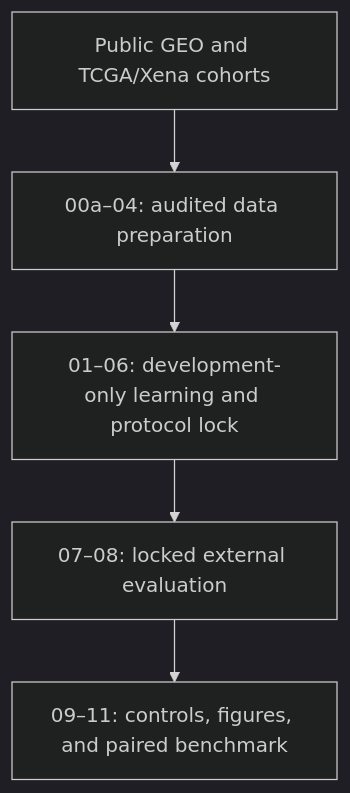
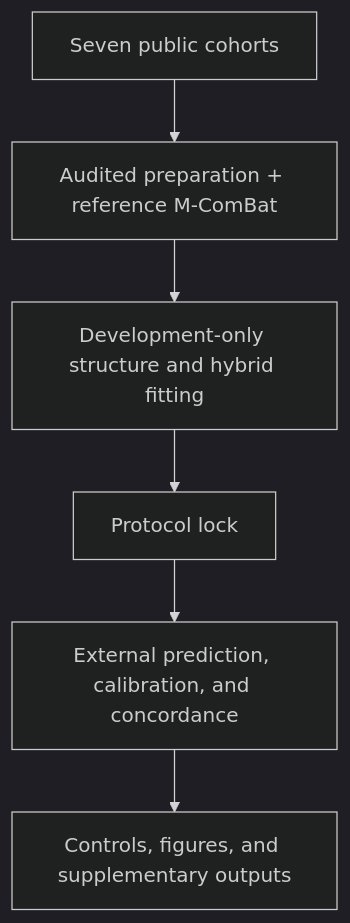
Before and after one commit to alex241278/InterGATE: the diagram in README.md, drawn with Mermaid (dark theme). The commit also changed other lines of this file and 60 other files, not shown here.

First line of the commit message:
Update InterGATE workflow and manuscript-aligned graphical abstract

````diff
--- a/README.md
+++ b/README.md
@@ -78,7 +73,8 @@
 ```mermaid
 flowchart TD
-    A["Public GEO and TCGA/Xena cohorts"] --> B["00a–04: audited data preparation"]
-    B --> C["01–06: development-only learning and protocol lock"]
-    C --> D["07–08: locked external evaluation"]
-    D --> E["09–11: controls, figures, and paired benchmark"]
+    A["Seven public cohorts"] --> B["Audited preparation + reference M-ComBat"]
+    B --> C["Development-only structure and hybrid fitting"]
+    C --> D["Protocol lock"]
+    D --> E["External prediction, calibration, and concordance"]
+    E --> F["Controls, figures, and supplementary outputs"]
 ```
````
